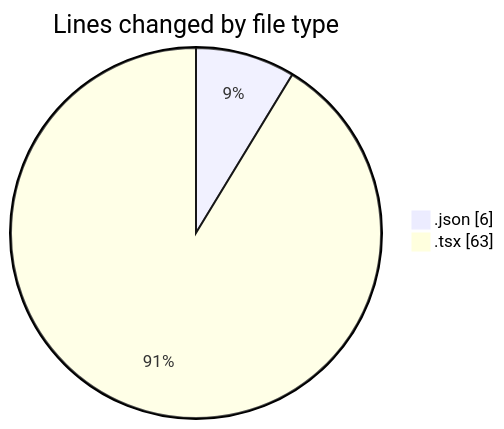
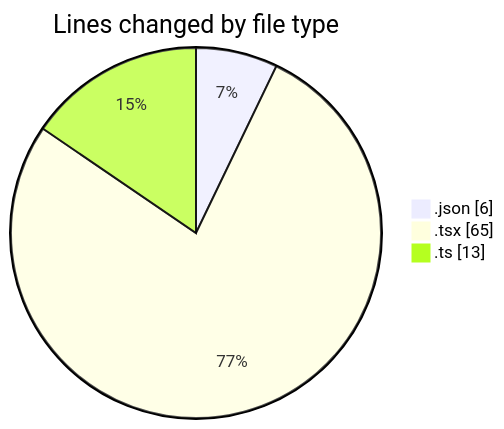
Before and after one commit to julien-gomy/code-tracking: the first of 2 diagrams in 2025-10-29/eventscop-frontend-guide__workspace_/README.md, drawn with Mermaid. The commit also changed other lines of this file and 1 other file, not shown here.

````diff
--- a/2025-10-29/eventscop-frontend-guide__workspace_/README.md
+++ b/2025-10-29/eventscop-frontend-guide__workspace_/README.md
@@ -21,6 +22,7 @@
 ```mermaid
 pie showData
 title Lines changed by file type
 ".json" : 6
-".tsx" : 63
+".tsx" : 65
+".ts" : 13
 ```
````
